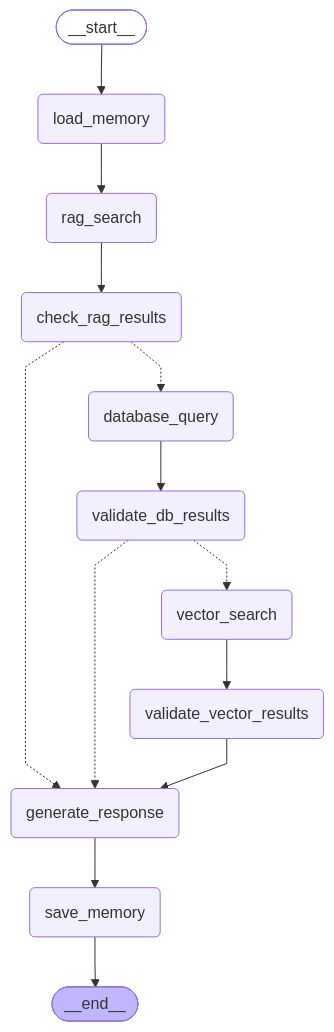
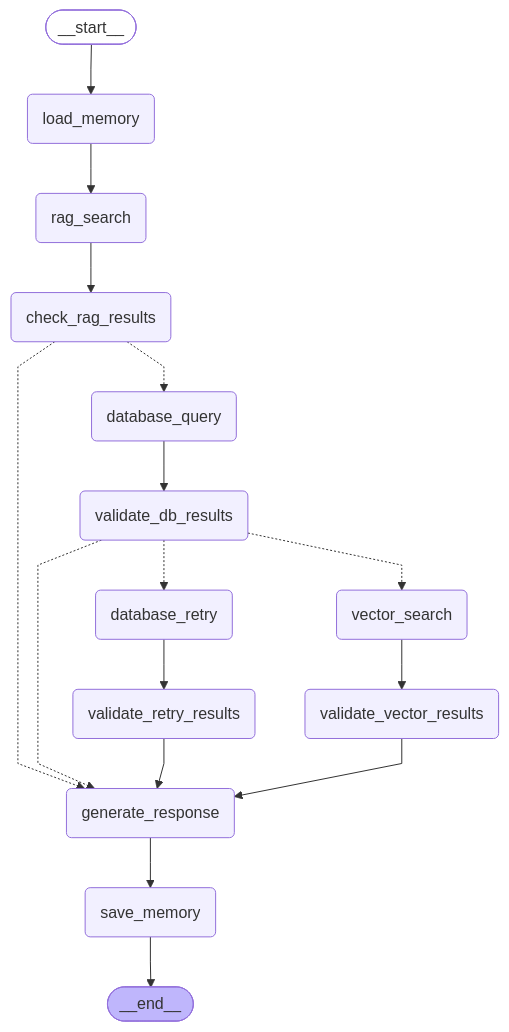
One commit to Alex-Du-1020/Kangni-agents changed the diagram in docs/workflow_graph.mermaid. Above: the diagram before and after it, drawn with Mermaid. The commit also changed 9 other files, not shown here.

```diff
--- a/docs/workflow_graph.mermaid
+++ b/docs/workflow_graph.mermaid
@@ -1,32 +1,37 @@
 ---
 config:
   flowchart:
     curve: linear
 ---
 graph TD;
 	__start__([<p>__start__</p>]):::first
 	load_memory(load_memory)
 	rag_search(rag_search)
 	check_rag_results(check_rag_results)
 	database_query(database_query)
 	validate_db_results(validate_db_results)
+	database_retry(database_retry)
+	validate_retry_results(validate_retry_results)
 	vector_search(vector_search)
 	validate_vector_results(validate_vector_results)
 	generate_response(generate_response)
 	save_memory(save_memory)
 	__end__([<p>__end__</p>]):::last
 	__start__ --> load_memory;
 	check_rag_results -.-> database_query;
 	check_rag_results -.-> generate_response;
 	database_query --> validate_db_results;
+	database_retry --> validate_retry_results;
 	generate_response --> save_memory;
 	load_memory --> rag_search;
 	rag_search --> check_rag_results;
+	validate_db_results -.-> database_retry;
 	validate_db_results -.-> generate_response;
 	validate_db_results -.-> vector_search;
+	validate_retry_results --> generate_response;
 	validate_vector_results --> generate_response;
 	vector_search --> validate_vector_results;
 	save_memory --> __end__;
 	classDef default fill:#f2f0ff,line-height:1.2
 	classDef first fill-opacity:0
 	classDef last fill:#bfb6fc
```
